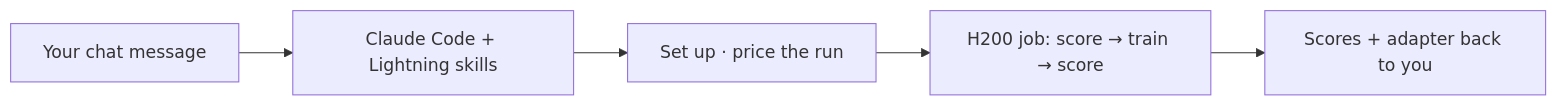
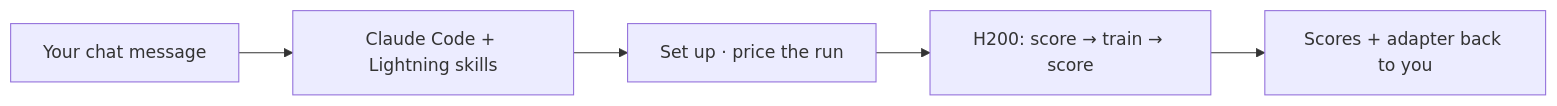
One commit to Lightning-AI/skills changed the diagram in examples/finetune-eval/README.md. Above: the diagram before and after it, drawn with Mermaid. The commit also changed other lines of this file and 2 other files, not shown here.

````diff
--- a/examples/finetune-eval/README.md
+++ b/examples/finetune-eval/README.md
@@ -8,7 +9,7 @@
 ```mermaid
 flowchart LR
     A[Your chat message] --> B[Claude Code + Lightning skills]
     B --> C[Set up · price the run]
-    C --> D[H200 job: score → train → score]
+    C --> D[H200: score → train → score]
     D --> E[Scores + adapter back to you]
 ```
````
